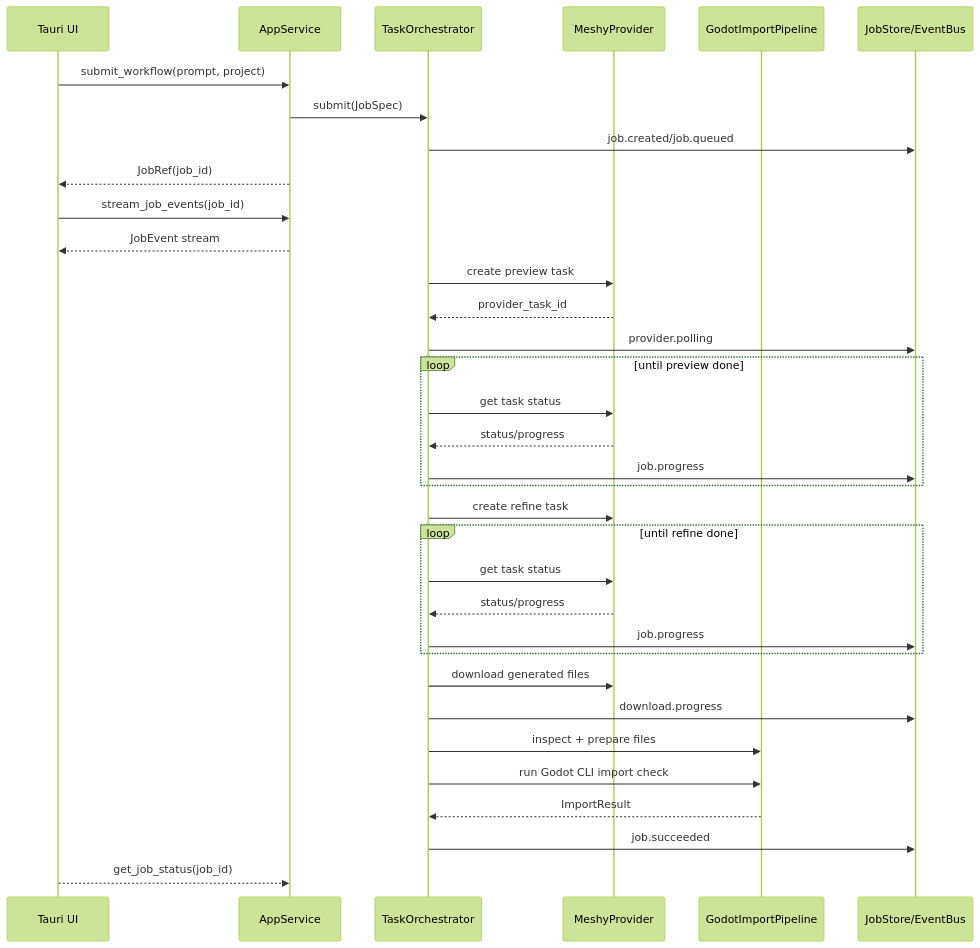
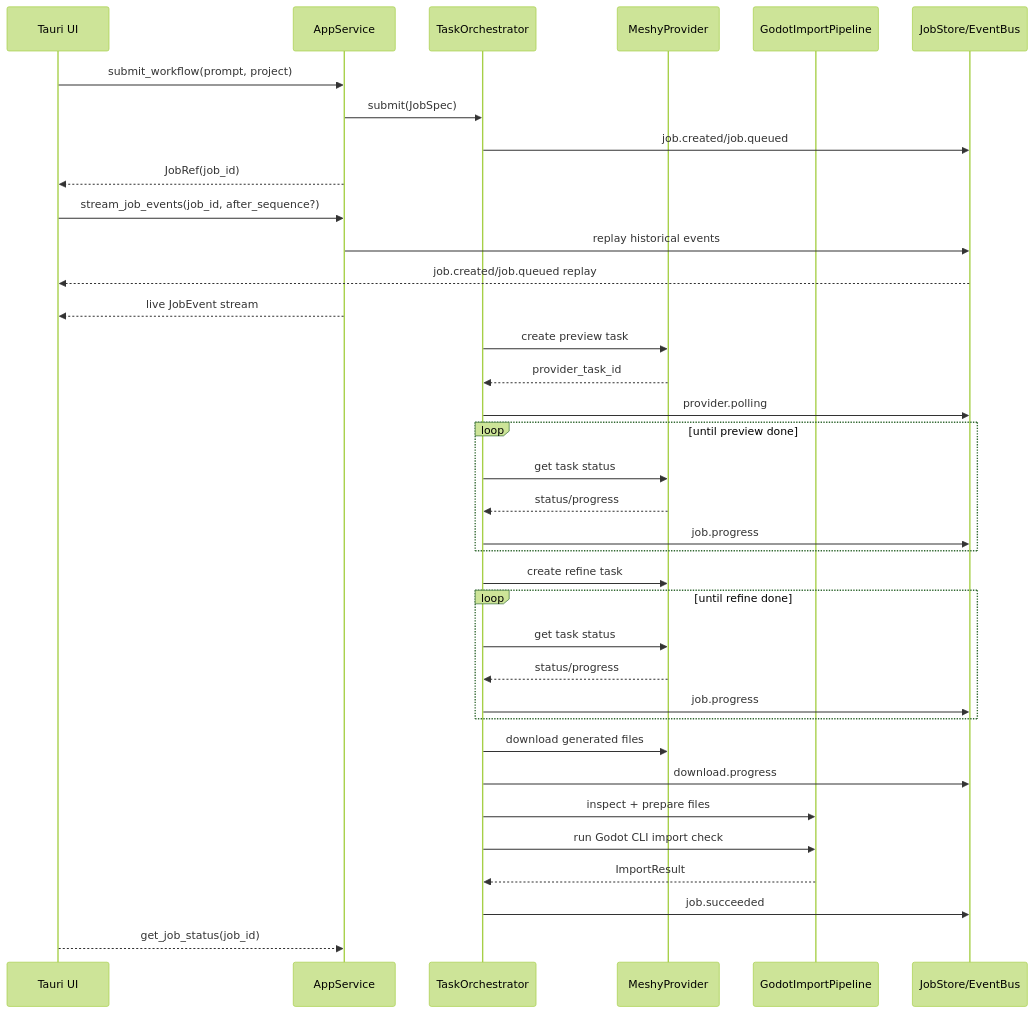
The second of 2 diagrams in docs/05-system-design.md (Aknirex/godot-bridle), drawn with Mermaid (forest theme) before and after one commit. The commit also changed other lines of this file and 21 other files, not shown here.

````diff
--- a/docs/05-system-design.md
+++ b/docs/05-system-design.md
@@ -352,41 +396,43 @@
 ```mermaid
 sequenceDiagram
     participant UI as Tauri UI
     participant App as AppService
     participant Orchestrator as TaskOrchestrator
     participant Meshy as MeshyProvider
     participant Godot as GodotImportPipeline
     participant Store as JobStore/EventBus
 
     UI->>App: submit_workflow(prompt, project)
     App->>Orchestrator: submit(JobSpec)
     Orchestrator->>Store: job.created/job.queued
     App-->>UI: JobRef(job_id)
 
-    UI->>App: stream_job_events(job_id)
-    App-->>UI: JobEvent stream
+    UI->>App: stream_job_events(job_id, after_sequence?)
+    App->>Store: replay historical events
+    Store-->>UI: job.created/job.queued replay
+    App-->>UI: live JobEvent stream
 
     Orchestrator->>Meshy: create preview task
     Meshy-->>Orchestrator: provider_task_id
     Orchestrator->>Store: provider.polling
     loop until preview done
         Orchestrator->>Meshy: get task status
         Meshy-->>Orchestrator: status/progress
         Orchestrator->>Store: job.progress
     end
 
     Orchestrator->>Meshy: create refine task
     loop until refine done
         Orchestrator->>Meshy: get task status
         Meshy-->>Orchestrator: status/progress
         Orchestrator->>Store: job.progress
     end
 
     Orchestrator->>Meshy: download generated files
     Orchestrator->>Store: download.progress
     Orchestrator->>Godot: inspect + prepare files
     Orchestrator->>Godot: run Godot CLI import check
     Godot-->>Orchestrator: ImportResult
     Orchestrator->>Store: job.succeeded
     UI-->>App: get_job_status(job_id)
 ```
````
